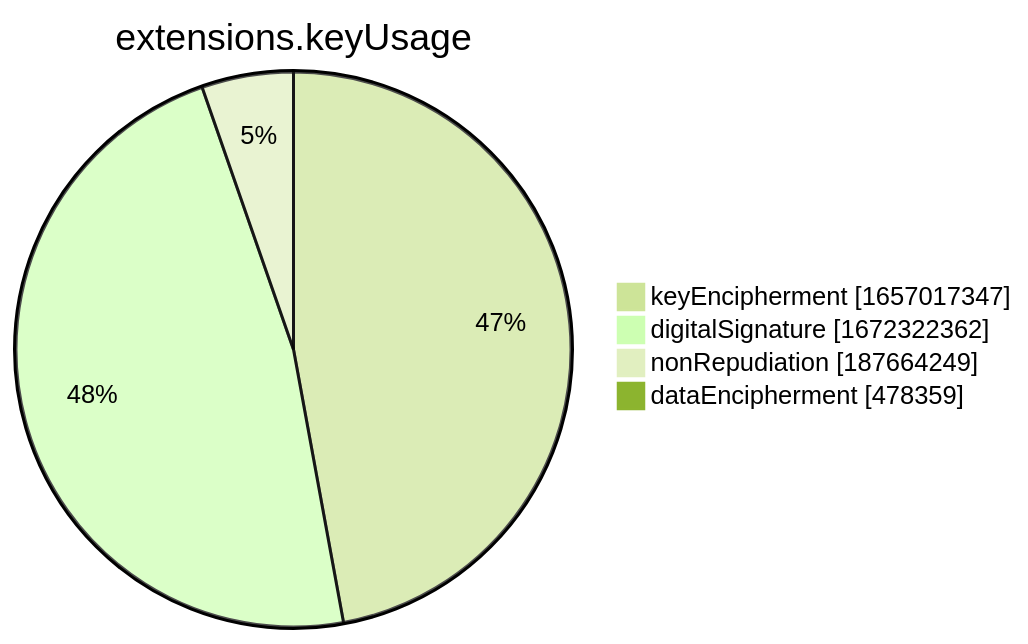
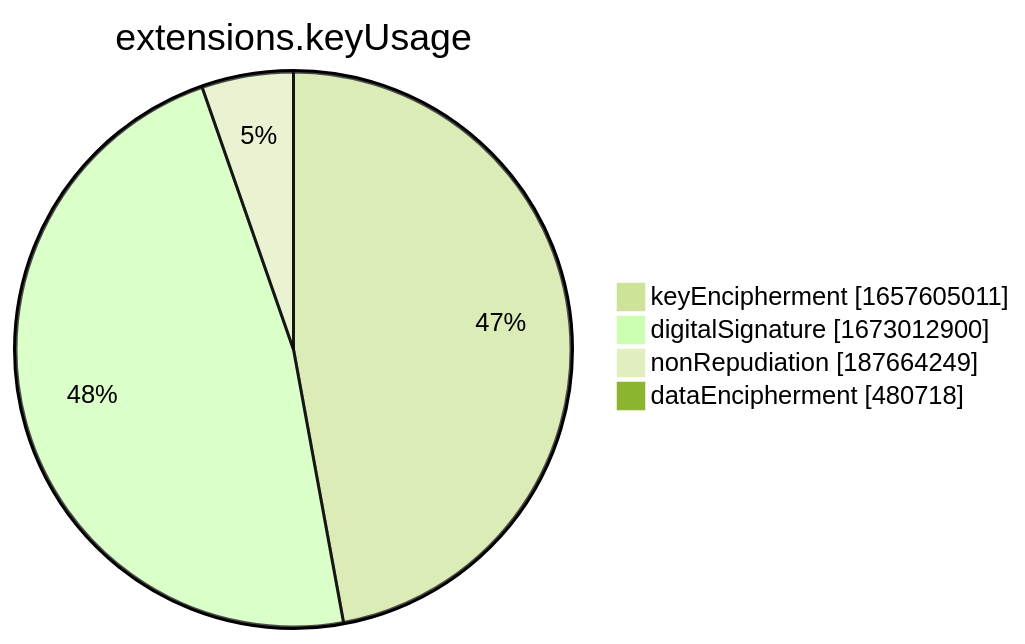
Before and after one commit to christiankrug/ctmonitor_visualization: the seventh of 15 diagrams in xenon2022/README.md, drawn with Mermaid (forest theme). The commit also changed other lines of this file, not shown here.

````diff
--- a/xenon2022/README.md
+++ b/xenon2022/README.md
@@ -2857,8 +2857,8 @@
 ```mermaid
 pie showData
 title extensions.keyUsage
-"keyEncipherment" :1657017347
-"digitalSignature" :1672322362
+"keyEncipherment" :1657605011
+"digitalSignature" :1673012900
 "nonRepudiation" :187664249
-"dataEncipherment" :478359
+"dataEncipherment" :480718
 ```
````
